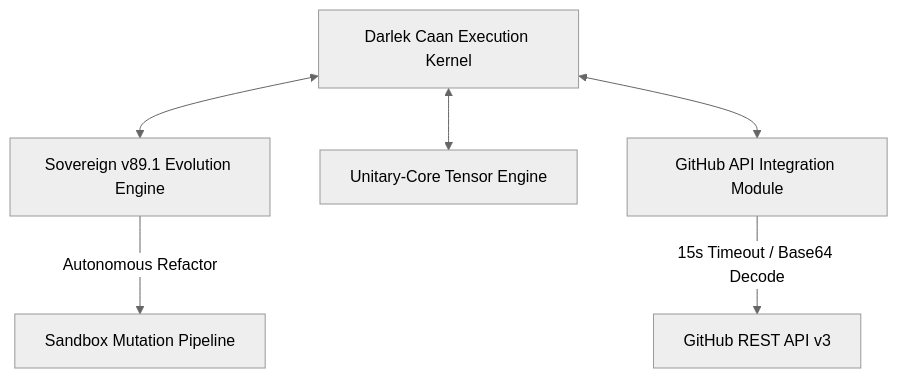
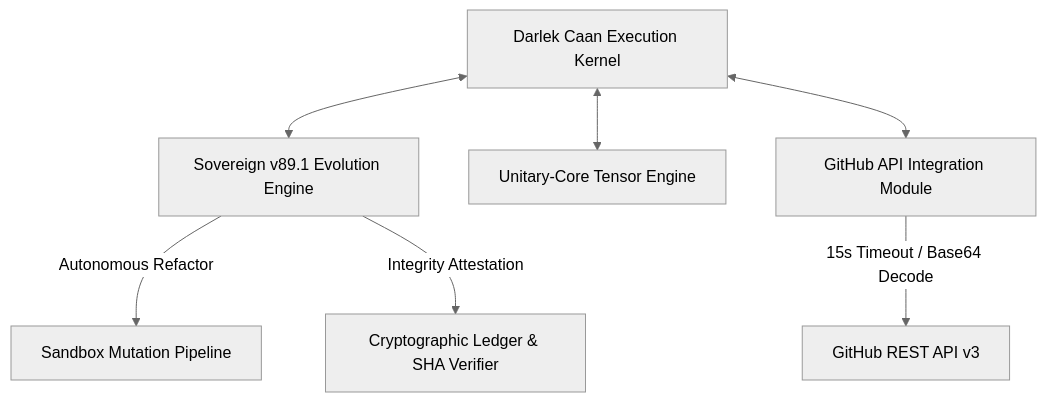
Before and after one commit to craighckby-stack/Free-thinker-: the second of 2 diagrams in ARCHITECTURE.md, drawn with Mermaid (neutral theme). The commit also changed other lines of this file, not shown here.

Commit message:
[FREE THINKER] Mutate ARCHITECTURE.md

````diff
--- a/ARCHITECTURE.md
+++ b/ARCHITECTURE.md
@@ -128,8 +131,9 @@
 ```mermaid
 graph TD
     A[Darlek Caan Execution Kernel] <--> B[Sovereign v89.1 Evolution Engine]
     A <--> C[Unitary-Core Tensor Engine]
     A <--> D[GitHub API Integration Module]
     D -->|15s Timeout / Base64 Decode| E[GitHub REST API v3]
     B -->|Autonomous Refactor| F[Sandbox Mutation Pipeline]
+    B -->|Integrity Attestation| G[Cryptographic Ledger & SHA Verifier]
 ```
````
